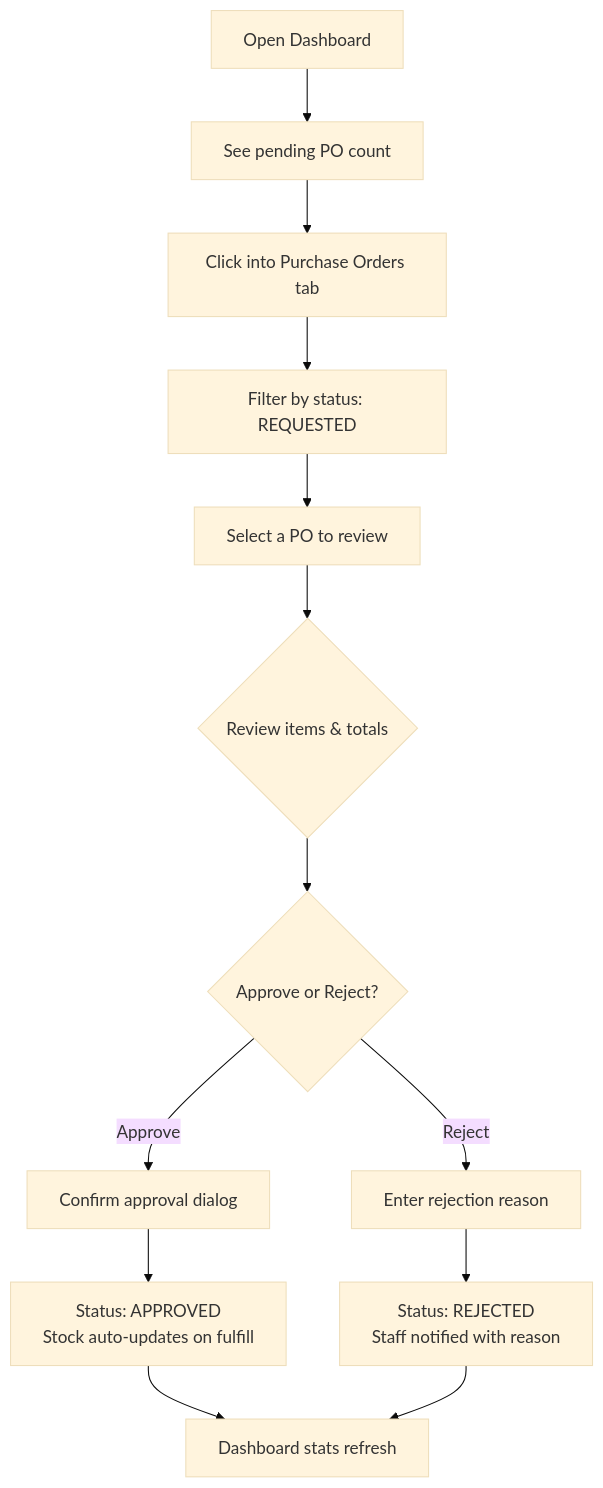
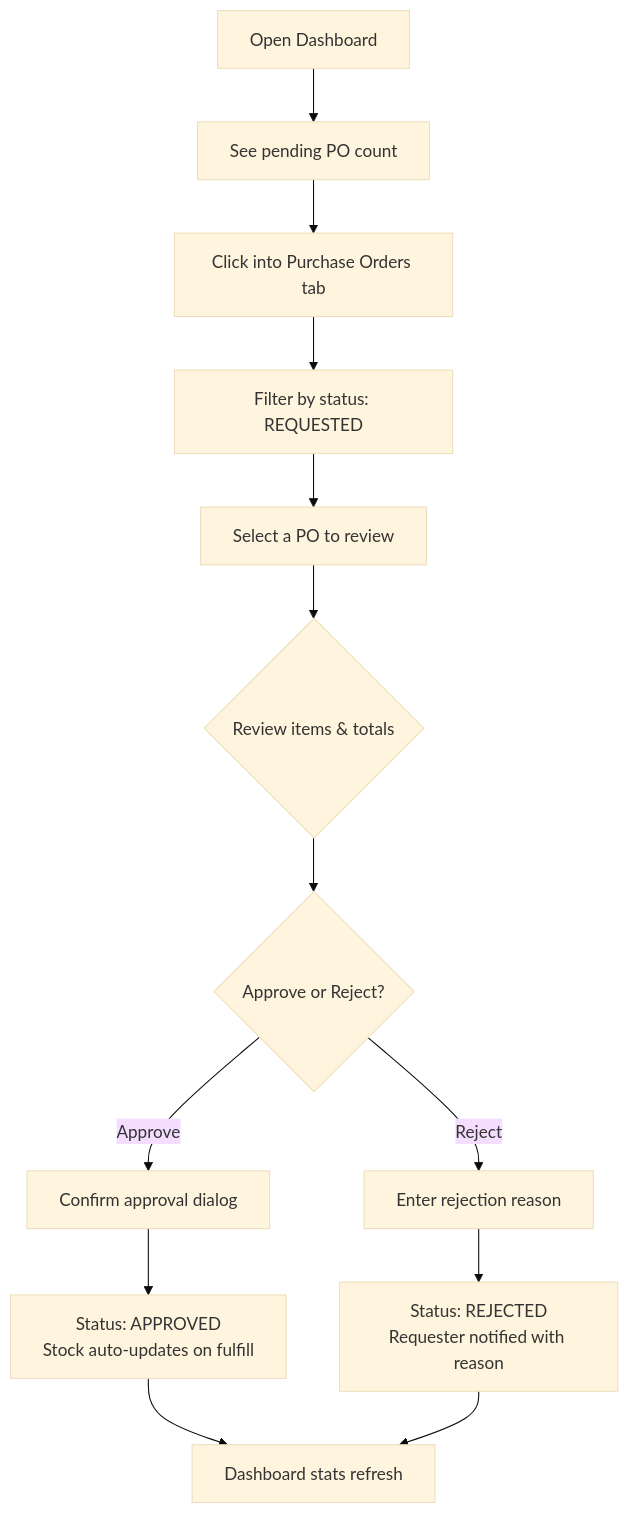
The second of 3 diagrams in _bmad-output/planning-artifacts/ux-design-specification.md (PastaSus/intelligent-procurement-inventory), drawn with Mermaid (base theme) before and after one commit. The commit also changed other lines of this file and 8 other files, not shown here.

````diff
--- a/_bmad-output/planning-artifacts/ux-design-specification.md
+++ b/_bmad-output/planning-artifacts/ux-design-specification.md
@@ -268,15 +268,15 @@
 ```mermaid
 flowchart TD
     A[Open Dashboard] --> B[See pending PO count]
     B --> C[Click into Purchase Orders tab]
     C --> D[Filter by status: REQUESTED]
     D --> E[Select a PO to review]
     E --> F{Review items & totals}
     F --> G{Approve or Reject?}
     G -->|Approve| H[Confirm approval dialog]
     G -->|Reject| I[Enter rejection reason]
     H --> J[Status: APPROVED<br/>Stock auto-updates on fulfill]
-    I --> K[Status: REJECTED<br/>Staff notified with reason]
+    I --> K[Status: REJECTED<br/>Requester notified with reason]
     J --> L[Dashboard stats refresh]
     K --> L
 ```
````
